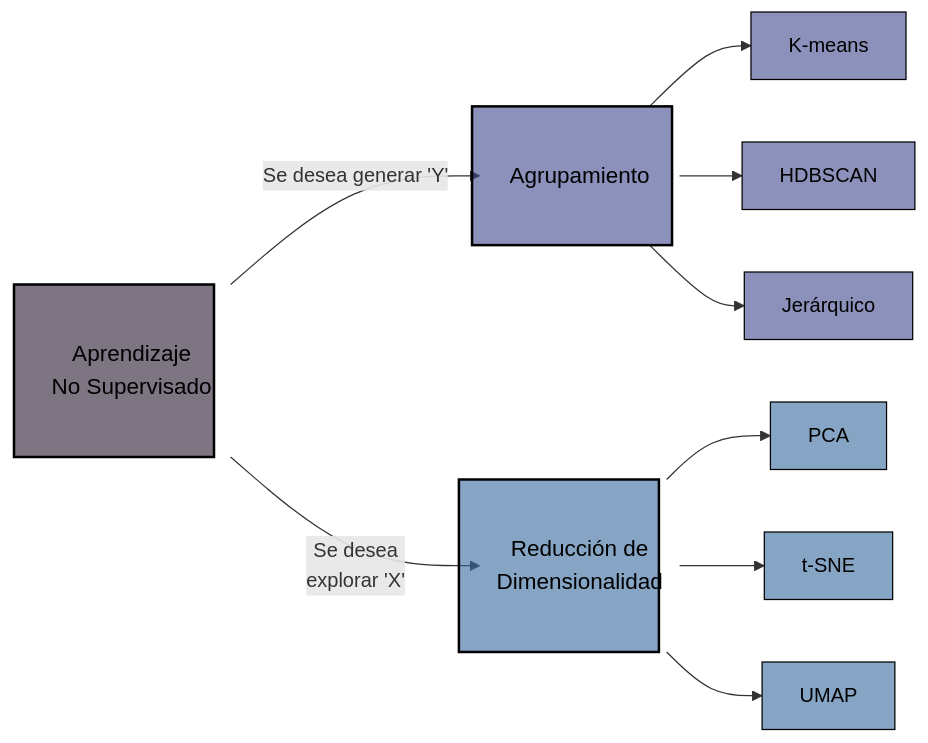
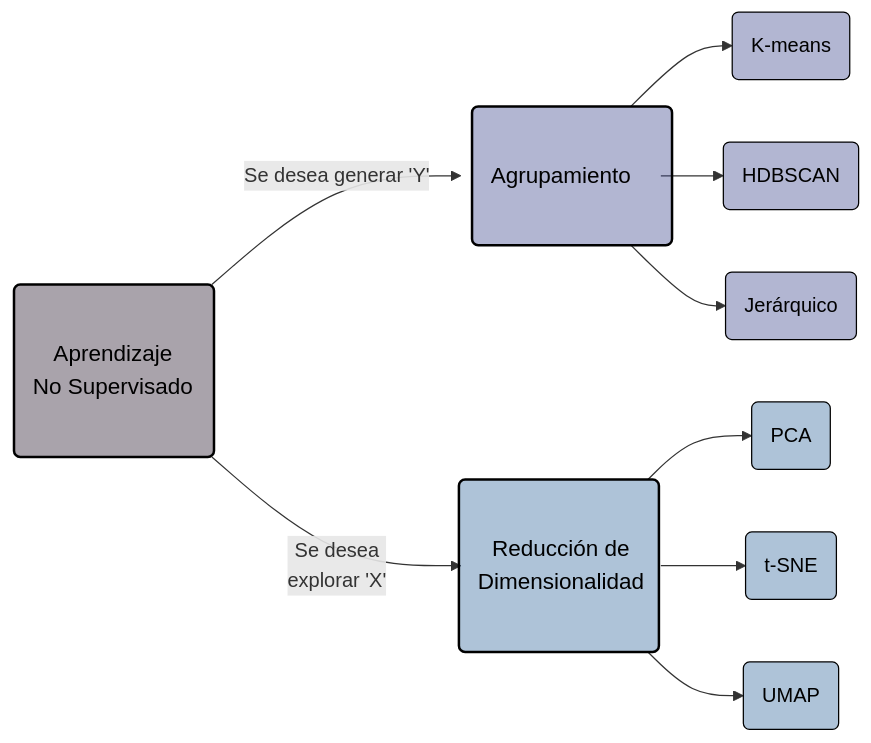
The fourth of 7 diagrams in Diagrama.qmd (maRce10/aprendizaje_estadistico_2024), drawn with Mermaid before and after one commit. The commit also changed other lines of this file and 18 other files, not shown here.

Commit message:
fix diagrams

````diff
--- a/Diagrama.qmd
+++ b/Diagrama.qmd
@@ -64,30 +68,30 @@
 ```{mermaid}
 flowchart LR
     classDef largeText font-size:18px, padding:15px;
 
-    U[Aprendizaje\nNo Supervisado] -->|Se desea generar 'Y'| Clus[Agrupamiento]
-    U --> |Se desea\nexplorar 'X'|DR[Reducción de\nDimensionalidad]
+    U(Aprendizaje\nNo Supervisado) -->|Se desea generar 'Y'| Clus(Agrupamiento)
+    U --> |Se desea\nexplorar 'X'|DR(Reducción de\nDimensionalidad)
 
-    Clus --> Kmeans[K-means]
-    Clus --> DB[HDBSCAN]
-    Clus --> Hier[Jerárquico]
+    Clus --> Kmeans(K-means)
+    Clus --> DB(HDBSCAN)
+    Clus --> Hier(Jerárquico)
 
-    DR --> PCA[PCA]
-    DR --> TSNE[t-SNE]
-    DR --> UMAP[UMAP]
+    DR --> PCA(PCA)
+    DR --> TSNE(t-SNE)
+    DR --> UMAP(UMAP)
 
     class U,Clus,DR largeText;
 
-    style U fill:#28192F99, stroke:#000, width:160px, stroke-width:2px, color:#000, text-align:center;
-    style Clus fill:#40498E99, stroke:#000, width:160px, stroke-width:2px, color:#000, text-align:center;
-    style DR fill:#366A9F99, stroke:#000, width:160px, stroke-width:2px, color:#000, text-align:center;
+    style U fill:#28192F66, stroke:#000, width:160px, stroke-width:2px, color:#000, text-align:center;
+    style Clus fill:#40498E66, stroke:#000, width:160px, stroke-width:2px, color:#000, text-align:center;
+    style DR fill:#366A9F66, stroke:#000, width:160px, stroke-width:2px, color:#000, text-align:center;
 
-    style Kmeans fill:#40498E99, stroke:#000, stroke-width:1px, color:#000, text-align:center;
-    style DB fill:#40498E99, stroke:#000, stroke-width:1px, color:#000, text-align:center;
-    style Hier fill:#40498E99, stroke:#000, stroke-width:1px, color:#000, text-align:center;
+    style Kmeans fill:#40498E66, stroke:#000, stroke-width:1px, color:#000, text-align:center;
+    style DB fill:#40498E66, stroke:#000, stroke-width:1px, color:#000, text-align:center;
+    style Hier fill:#40498E66, stroke:#000, stroke-width:1px, color:#000, text-align:center;
 
-    style PCA fill:#366A9F99, stroke:#000, stroke-width:1px, color:#000, text-align:center;
-    style TSNE fill:#366A9F99, stroke:#000, stroke-width:1px, color:#000, text-align:center;
-    style UMAP fill:#366A9F99, stroke:#000, stroke-width:1px, color:#000, text-align:center;
+    style PCA fill:#366A9F66, stroke:#000, stroke-width:1px, color:#000, text-align:center;
+    style TSNE fill:#366A9F66, stroke:#000, stroke-width:1px, color:#000, text-align:center;
+    style UMAP fill:#366A9F66, stroke:#000, stroke-width:1px, color:#000, text-align:center;
 
 ```
````
